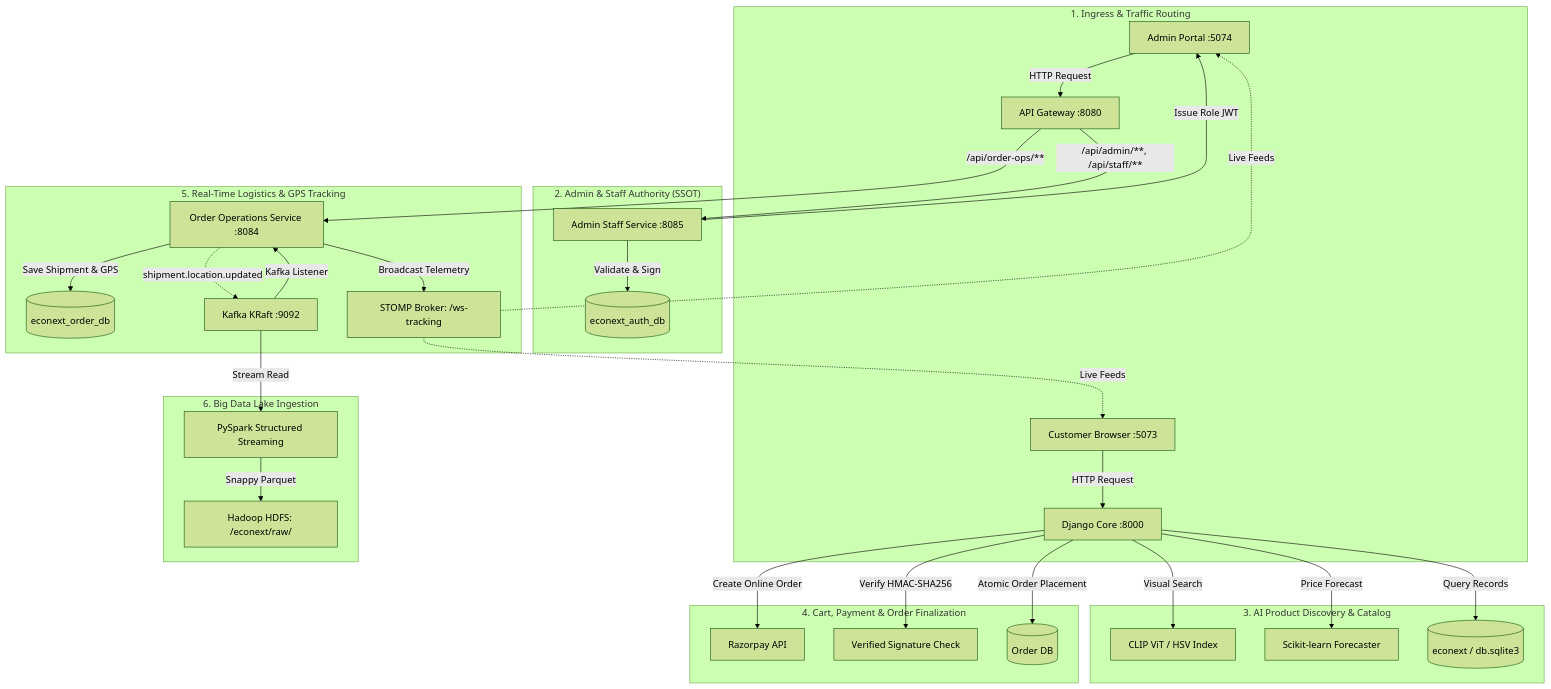
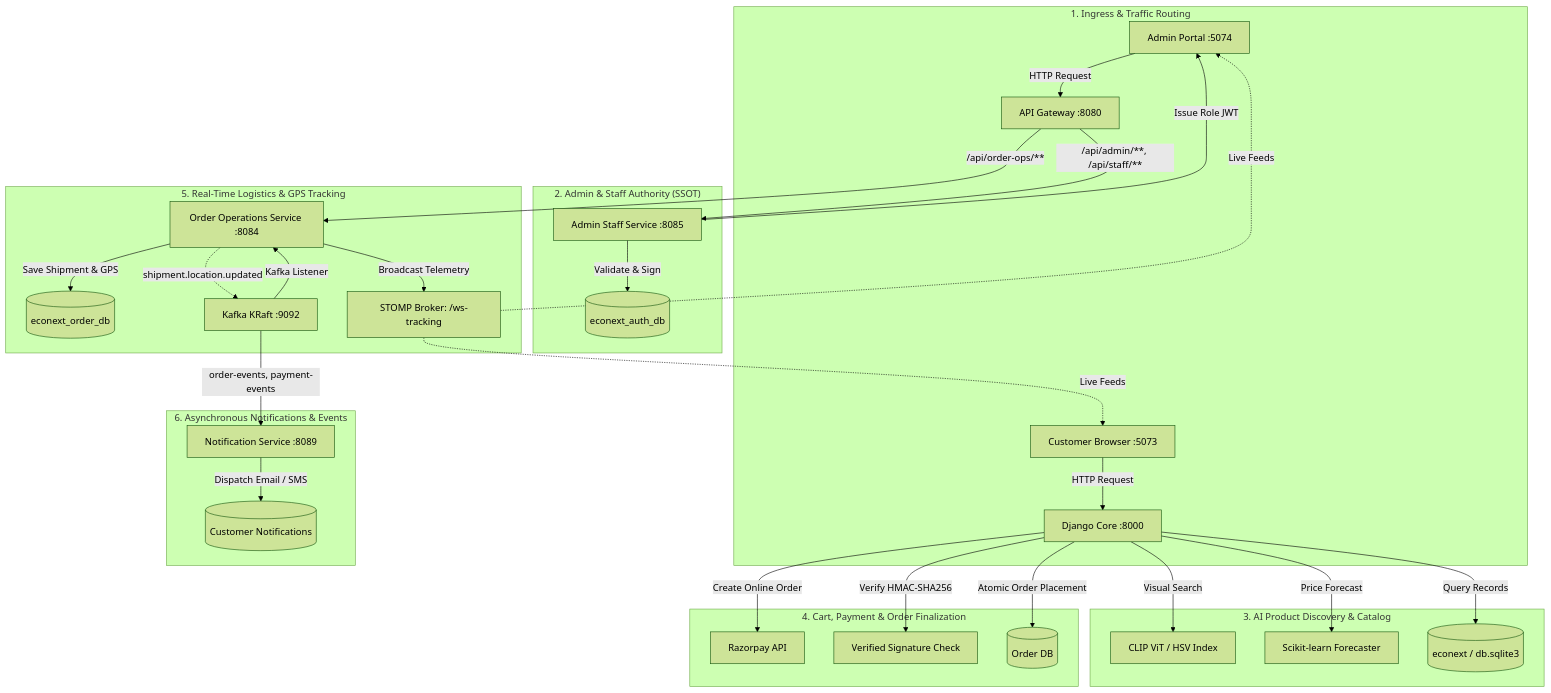
The third of 8 diagrams in README.md (Jinkalkershiva/EcoNext-Ai-Integrated-Ecommerce-Platform), drawn with Mermaid (forest theme) before and after one commit. The commit also changed other lines of this file and 23 other files, not shown here.

Commit message:
Remove simulated Big Data analytics layer

````diff
--- a/README.md
+++ b/README.md
@@ -263,40 +255,40 @@
 ```mermaid
 flowchart TD
     subgraph Ingress["1. Ingress & Traffic Routing"]
         A[Customer Browser :5073] -->|HTTP Request| Django[Django Core :8000]
         Admin[Admin Portal :5074] -->|HTTP Request| B[API Gateway :8080]
     end
 
     subgraph AuthPipeline["2. Admin & Staff Authority (SSOT)"]
         B -->|/api/admin/**, /api/staff/**| C[Admin Staff Service :8085]
         C -->|Validate & Sign| D[(econext_auth_db)]
         C -->|Issue Role JWT| Admin
     end
 
     subgraph DiscoveryPipeline["3. AI Product Discovery & Catalog"]
         Django -->|Visual Search| F[CLIP ViT / HSV Index]
         Django -->|Price Forecast| G[Scikit-learn Forecaster]
         Django -->|Query Records| H[(econext / db.sqlite3)]
     end
 
     subgraph CheckoutPipeline["4. Cart, Payment & Order Finalization"]
         Django -->|Create Online Order| J[Razorpay API]
         Django -->|Verify HMAC-SHA256| K[Verified Signature Check]
         Django -->|Atomic Order Placement| L[(Order DB)]
     end
 
     subgraph FulfillmentPipeline["5. Real-Time Logistics & GPS Tracking"]
         B -->|/api/order-ops/**| M[Order Operations Service :8084]
         M -->|Save Shipment & GPS| N[(econext_order_db)]
         M -.->|shipment.location.updated| O[Kafka KRaft :9092]
         O -->|Kafka Listener| M
         M -->|Broadcast Telemetry| P[STOMP Broker: /ws-tracking]
         P -.->|Live Feeds| Admin
         P -.->|Live Feeds| A
     end
 
-    subgraph BigDataPipeline["6. Big Data Lake Ingestion"]
-        O -->|Stream Read| Q[PySpark Structured Streaming]
-        Q -->|Snappy Parquet| R[Hadoop HDFS: /econext/raw/]
+    subgraph NotificationPipeline["6. Asynchronous Notifications & Events"]
+        O -->|order-events, payment-events| Q[Notification Service :8089]
+        Q -->|Dispatch Email / SMS| R[(Customer Notifications)]
     end
 ```
````
